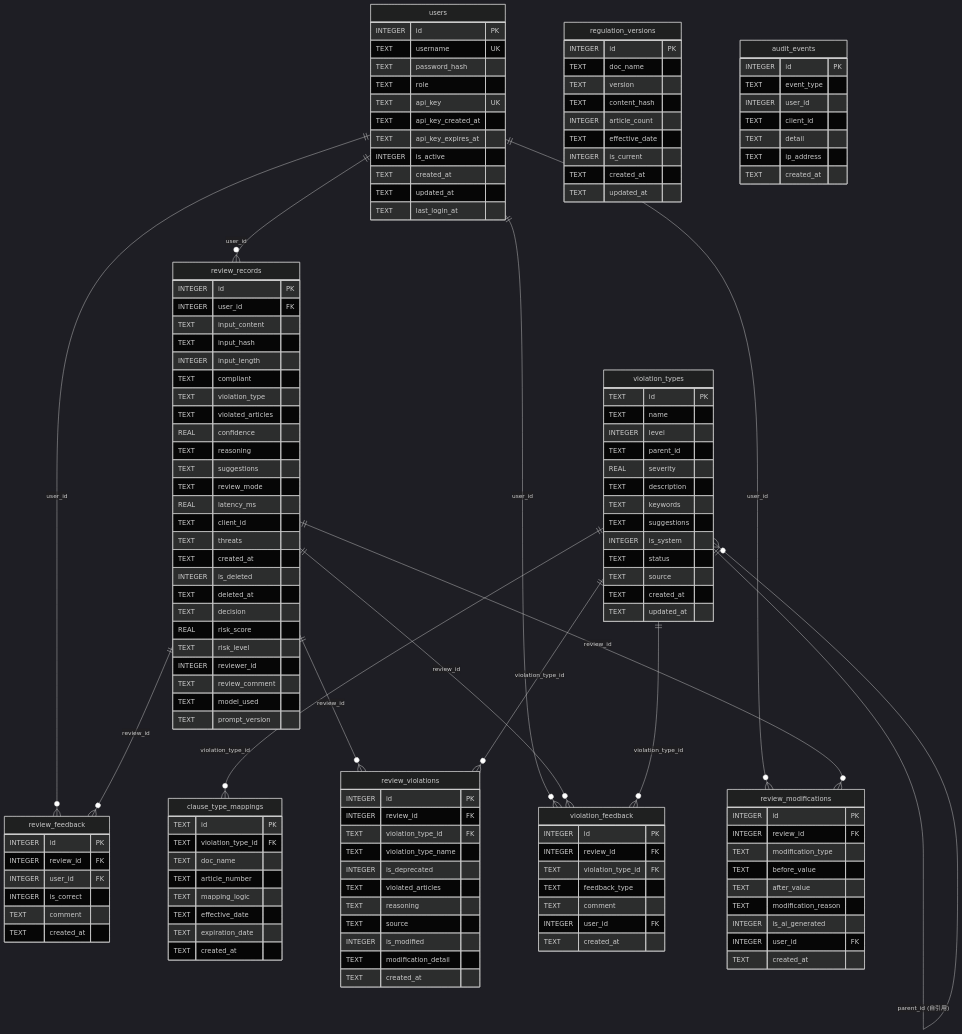
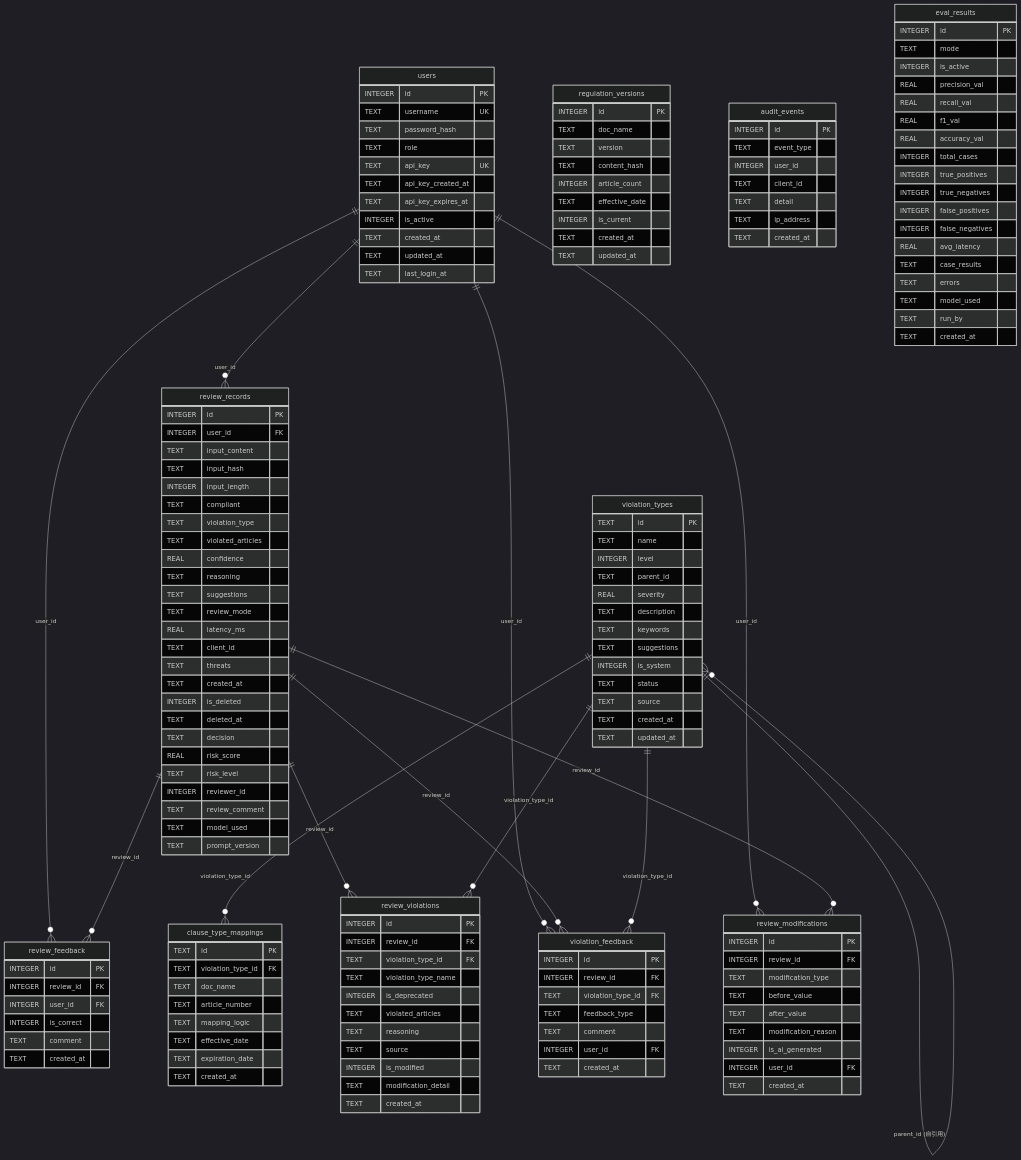
The diagram in docs/archive/database-design.md (elaine2233/AI-Agent-RAG-for-complaince), drawn with Mermaid (dark theme) before and after one commit. The commit also changed other lines of this file and 8 other files, not shown here.

```diff
--- a/docs/archive/database-design.md
+++ b/docs/archive/database-design.md
@@ -180,6 +180,27 @@
         TEXT created_at
     }
 
+    eval_results {
+        INTEGER id PK
+        TEXT mode
+        INTEGER is_active
+        REAL precision_val
+        REAL recall_val
+        REAL f1_val
+        REAL accuracy_val
+        INTEGER total_cases
+        INTEGER true_positives
+        INTEGER true_negatives
+        INTEGER false_positives
+        INTEGER false_negatives
+        REAL avg_latency
+        TEXT case_results
+        TEXT errors
+        TEXT model_used
+        TEXT run_by
+        TEXT created_at
+    }
+
     users ||--o{ review_records : "user_id"
     users ||--o{ review_feedback : "user_id"
     users ||--o{ violation_feedback : "user_id"
```
